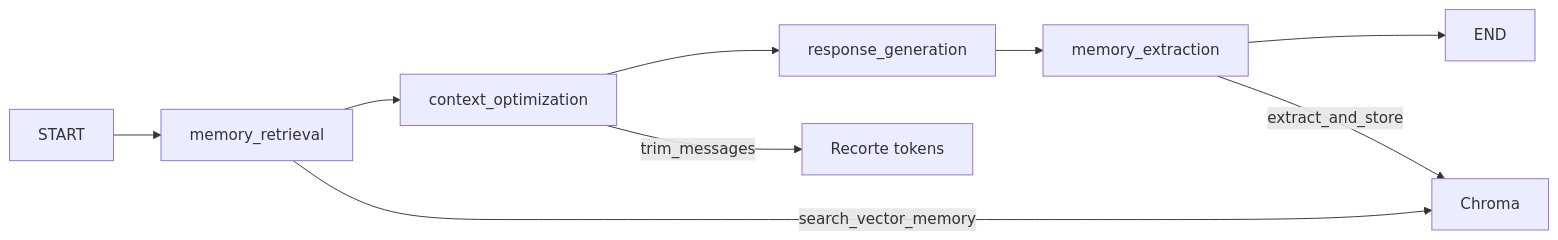
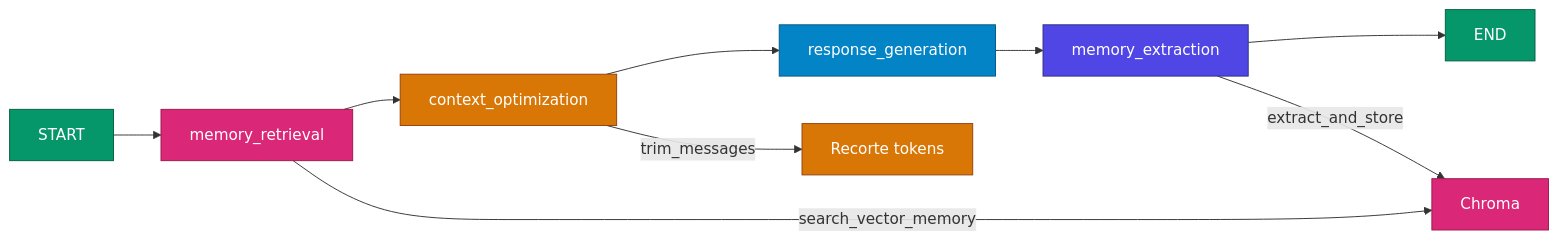
One commit to JohnRSantamaria/Langgraph-LangChain changed the second of 2 diagrams in Tema 5/MULTIUSER_NOTAS.md. Above: the diagram before and after it, drawn with Mermaid. The commit also changed other lines of this file and 5 other files, not shown here.

Commit message:
Add new Markdown formatting skill and reference documentation for study notebooks. Include Mermaid diagram templates and guidelines for structuring content. Update existing notes with additional class definitions for improved clarity in memory management diagrams.

````diff
--- a/Tema 5/MULTIUSER_NOTAS.md
+++ b/Tema 5/MULTIUSER_NOTAS.md
@@ -73,12 +83,24 @@
 ```mermaid
 flowchart LR
     START --> MR["memory_retrieval"]
     MR --> CO["context_optimization"]
     CO --> RG["response_generation"]
     RG --> ME["memory_extraction"]
     ME --> END
 
     MR -->|"search_vector_memory"| CHROMA["Chroma"]
     CO -->|"trim_messages"| TRIM["Recorte tokens"]
     ME -->|"extract_and_store"| CHROMA
+
+    classDef io fill:#059669,stroke:#065F46,color:#fff
+    classDef vec fill:#DB2777,stroke:#9D174D,color:#fff
+    classDef opt fill:#D97706,stroke:#92400E,color:#fff
+    classDef gen fill:#0284C7,stroke:#075985,color:#fff
+    classDef ext fill:#4F46E5,stroke:#312E81,color:#fff
+
+    class START,END io
+    class MR,CHROMA vec
+    class CO,TRIM opt
+    class RG gen
+    class ME ext
 ```
````
